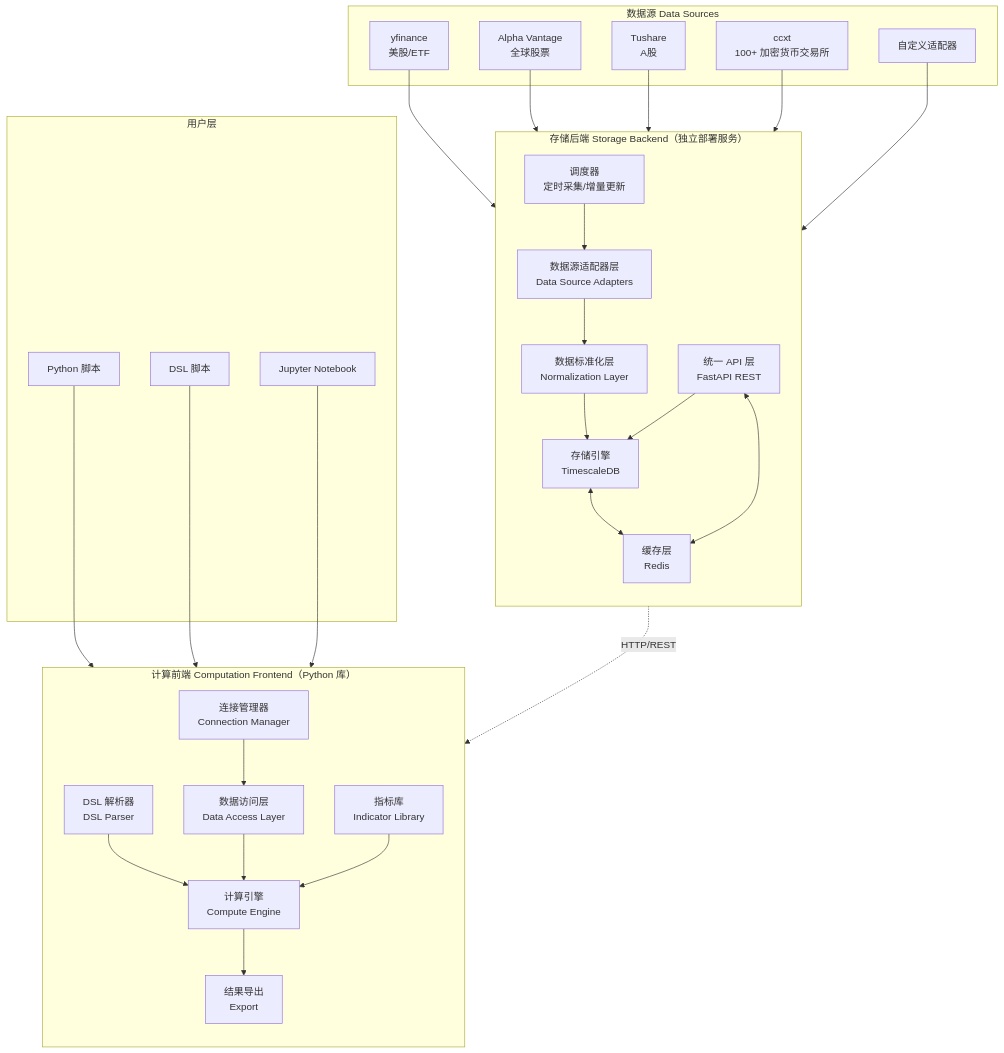
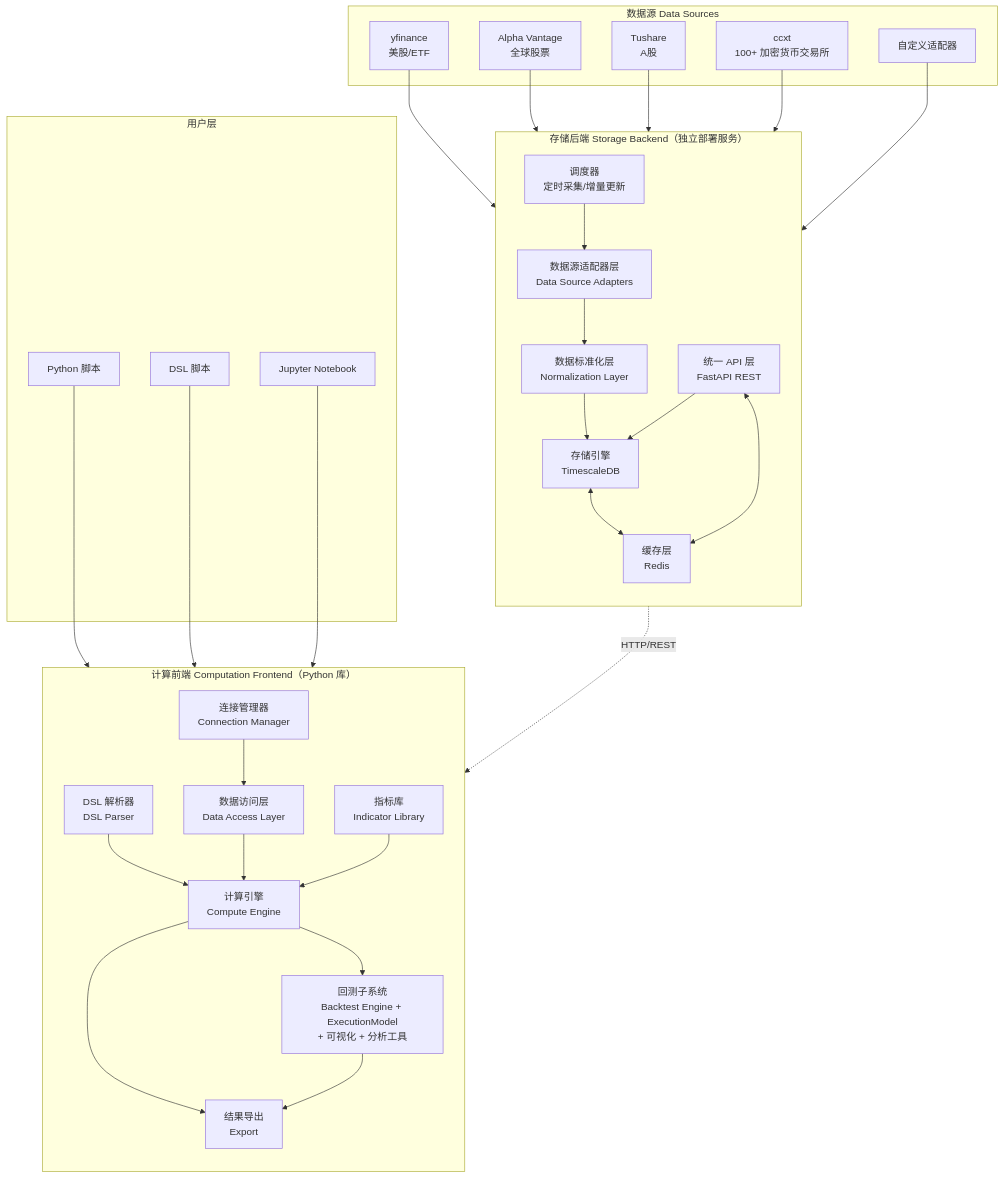
Before and after one commit to RESBI/StockStatistic: the first of 23 diagrams in DESIGN_CN.md, drawn with Mermaid. The commit also changed other lines of this file, not shown here.

````diff
--- a/DESIGN_CN.md
+++ b/DESIGN_CN.md
@@ -73,52 +85,55 @@
 ```mermaid
 graph TB
     subgraph "数据源 Data Sources"
         DS1[yfinance<br/>美股/ETF]
         DS2[Alpha Vantage<br/>全球股票]
         DS3[Tushare<br/>A股]
         DS4[ccxt<br/>100+ 加密货币交易所]
         DS5[自定义适配器]
     end
 
     subgraph "存储后端 Storage Backend（独立部署服务）"
         direction TB
         DA[数据源适配器层<br/>Data Source Adapters]
         NL[数据标准化层<br/>Normalization Layer]
         SE[存储引擎<br/>TimescaleDB]
         API[统一 API 层<br/>FastAPI REST]
         SCHED[调度器<br/>定时采集/增量更新]
         CACHE[缓存层<br/>Redis]
 
         DA --> NL --> SE
         SCHED --> DA
         SE <--> CACHE
         API --> SE
         API <--> CACHE
     end
 
     subgraph "计算前端 Computation Frontend（Python 库）"
         direction TB
         CONN[连接管理器<br/>Connection Manager]
         DAL[数据访问层<br/>Data Access Layer]
         CE[计算引擎<br/>Compute Engine]
         DSL[DSL 解析器<br/>DSL Parser]
         IL[指标库<br/>Indicator Library]
+        BT[回测子系统<br/>Backtest Engine + ExecutionModel<br/>+ 可视化 + 分析工具]
         EXP[结果导出<br/>Export]
 
         CONN --> DAL
         DSL --> CE
         DAL --> CE
         IL --> CE
+        CE --> BT
         CE --> EXP
+        BT --> EXP
     end
 
     subgraph "用户层"
         U1[Python 脚本]
         U2[DSL 脚本]
         U3[Jupyter Notebook]
     end
 
     DS1 & DS2 & DS3 & DS4 & DS5 --> DA
     API -.->|"HTTP/REST"| DAL
     U1 & U2 & U3 --> CE
 ```
````
